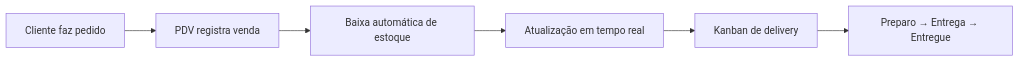
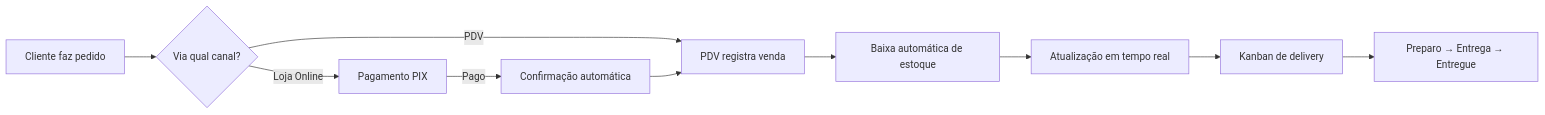
One commit to Paulo68129/project-guidebook changed the diagram in README.md. Above: the diagram before and after it, drawn with Mermaid. The commit also changed other lines of this file and 14 other files, not shown here.

First line of the commit message:
feat: adicionar rastreamento de pedidos, PIX dinâmico e confirmação automática de pagamento

````diff
--- a/README.md
+++ b/README.md
@@ -384,8 +407,12 @@
 ```mermaid
 graph LR
-    A[Cliente faz pedido] --> B[PDV registra venda]
-    B --> C[Baixa automática de estoque]
-    C --> D[Atualização em tempo real]
-    D --> E[Kanban de delivery]
-    E --> F[Preparo → Entrega → Entregue]
+    A[Cliente faz pedido] --> B{Via qual canal?}
+    B -->|PDV| C[PDV registra venda]
+    B -->|Loja Online| D[Pagamento PIX]
+    D -->|Pago| E[Confirmação automática]
+    E --> C
+    C --> F[Baixa automática de estoque]
+    F --> G[Atualização em tempo real]
+    G --> H[Kanban de delivery]
+    H --> I[Preparo → Entrega → Entregue]
 ```
````
